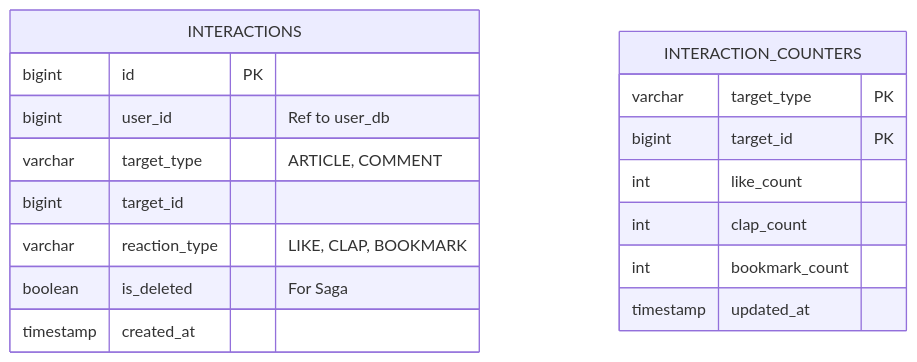
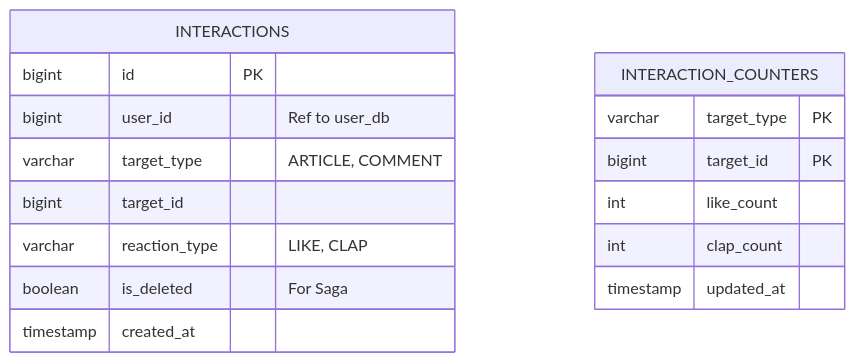
Before and after one commit to NamPham14/Social-Media: the fourth of 7 diagrams in database_schema.md, drawn with Mermaid. The commit also changed other lines of this file and 70 other files, not shown here.

````diff
--- a/database_schema.md
+++ b/database_schema.md
@@ -199,21 +199,20 @@
 ```mermaid
 erDiagram
     INTERACTIONS {
         bigint id PK
         bigint user_id "Ref to user_db"
         varchar target_type "ARTICLE, COMMENT"
         bigint target_id
-        varchar reaction_type "LIKE, CLAP, BOOKMARK"
+        varchar reaction_type "LIKE, CLAP"
         boolean is_deleted "For Saga"
         timestamp created_at
     }
 
     INTERACTION_COUNTERS {
         varchar target_type PK
         bigint target_id PK
         int like_count
         int clap_count
-        int bookmark_count
         timestamp updated_at
     }
 ```
````
